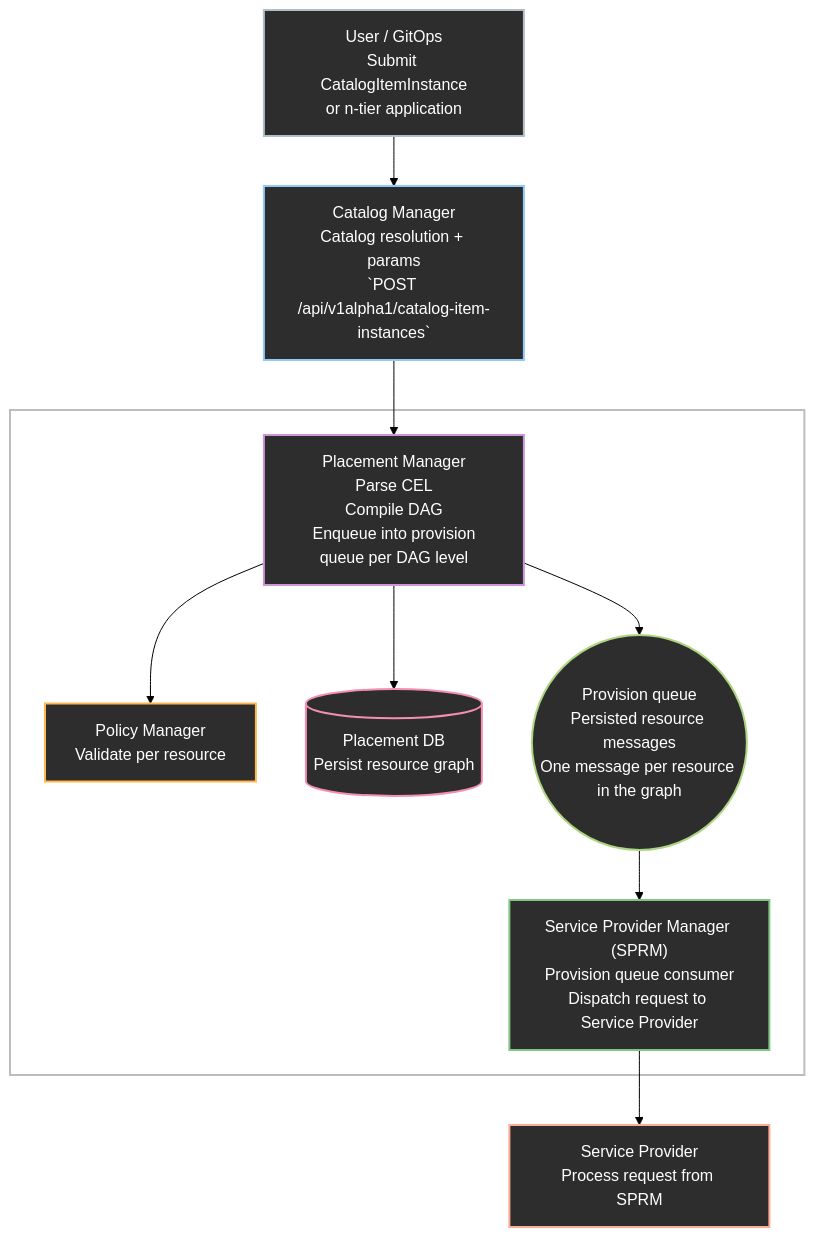
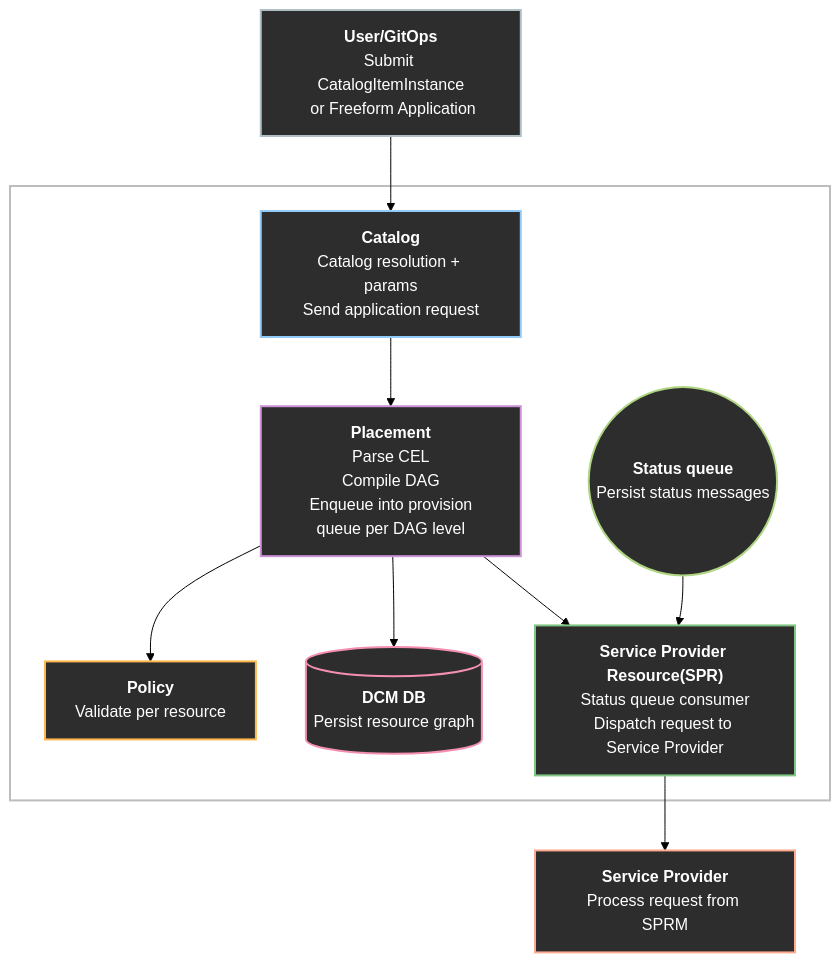
Before and after one commit to dcm-project/enhancements: the first of 2 diagrams in enhancements/declarative-api/declarative-api.md, drawn with Mermaid (forest theme). The commit also changed other lines of this file, not shown here.

Commit message:
Update to monolithic architecture Assisted-By: Cursor AI

````diff
--- a/enhancements/declarative-api/declarative-api.md
+++ b/enhancements/declarative-api/declarative-api.md
@@ -114,44 +103,44 @@
 ```mermaid
 %%{init: {'flowchart': {'rankSpacing': 90, 'nodeSpacing': 28, 'curve': 'linear'},}}%%
 flowchart TD
-    classDef catalogManager fill:#2d2d2d,color:#ffffff,stroke:#90caf9,stroke-width:2px
-    classDef placementManager fill:#2d2d2d,color:#ffffff,stroke:#ce93d8,stroke-width:2px
+    classDef catalog fill:#2d2d2d,color:#ffffff,stroke:#90caf9,stroke-width:2px
+    classDef placement fill:#2d2d2d,color:#ffffff,stroke:#ce93d8,stroke-width:2px
     classDef policyEngine fill:#2d2d2d,color:#ffffff,stroke:#ffb74d,stroke-width:2px
-    classDef spResourceManager fill:#2d2d2d,color:#ffffff,stroke:#81c784,stroke-width:2px
+    classDef spResource fill:#2d2d2d,color:#ffffff,stroke:#81c784,stroke-width:2px
     classDef database fill:#2d2d2d,color:#ffffff,stroke:#f48fb1,stroke-width:2px
     classDef messaging fill:#2d2d2d,color:#ffffff,stroke:#aed581,stroke-width:2px
     classDef provider fill:#2d2d2d,color:#ffffff,stroke:#ffab91,stroke-width:2px
     classDef user fill:#2d2d2d,color:#ffffff,stroke:#b0bec5,stroke-width:2px
     classDef dcmCore fill:#FFFFFF,stroke:#bdbdbd,stroke-width:2px
 
-    U["User / GitOps<br/>Submit CatalogItemInstance<br/>or n-tier application"]:::user
-
-    CM["Catalog Manager<br/>Catalog resolution + params<br/>`POST /api/v1alpha1/catalog-item-instances`"]:::catalogManager
+    U["<b>User/GitOps</b><br/>Submit CatalogItemInstance<br/> or Freeform Application"]:::user
 
     subgraph DCM_Core [ ]
-        PM["Placement Manager<br/>Parse CEL<br/> Compile DAG <br/> Enqueue into provision queue per DAG level"]:::placementManager
+        CM["<b>Catalog</b><br/>Catalog resolution + params<br/>Send application request"]:::catalog
 
-        PE["Policy Manager<br/>Validate per resource<br/>"]:::policyEngine
+        PM["<b>Placement</b><br/>Parse CEL<br/> Compile DAG <br/> Enqueue into provision queue per DAG level"]:::placement
 
-        SPRM["Service Provider Manager (SPRM)<br/>Provision queue consumer<br/>Dispatch request to Service Provider"]:::spResourceManager
+        PE["<b>Policy</b><br/>Validate per resource<br/>"]:::policyEngine
 
-        PM_DB[("Placement DB<br/>Persist resource graph")]:::database
+        SPRM["<b>Service Provider Resource(SPR)</b><br/>Status queue consumer<br/>Dispatch request to Service Provider"]:::spResource
 
-        ProvQ(("Provision queue<br/>Persisted resource messages<br/>One message per resource in the graph")):::messaging
+        DB[("<b>DCM DB</b><br/>Persist resource graph")]:::database
+
+        ProvQ(("<b>Status queue</b><br/>Persist status messages")):::messaging
     end
 
-    SP["Service Provider<br/>Process request from SPRM<br/>"]:::provider
+    SP["<b>Service Provider</b><br/>Process request from SPRM<br/>"]:::provider
 
     U --> CM
     CM --> PM
 
     PM --> PE
-    PM --> PM_DB
+    PM --> DB
 
-    PM --> ProvQ
+    PM --> SPRM
+    SPRM --> SP
     ProvQ --> SPRM
-    SPRM --> SP
 
     class DCM_Core dcmCore
     class Provision_queue dcmCore
 ```
````
